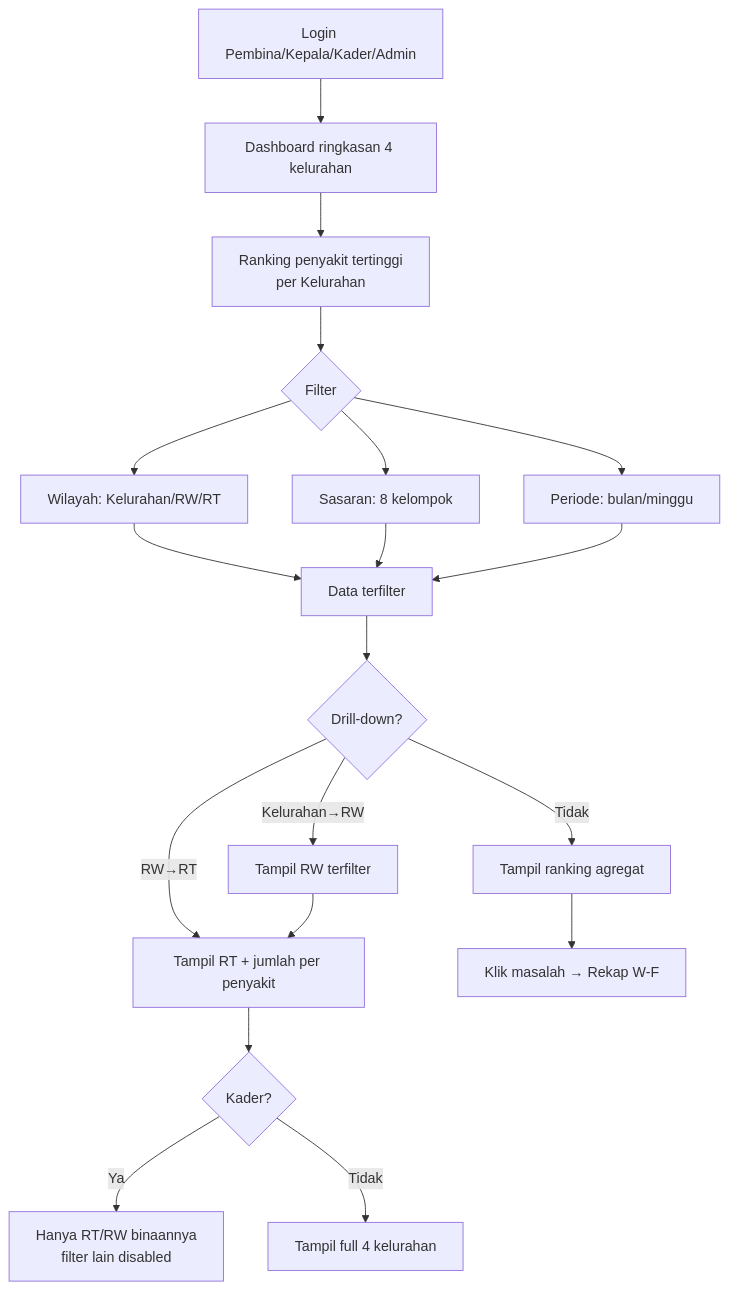
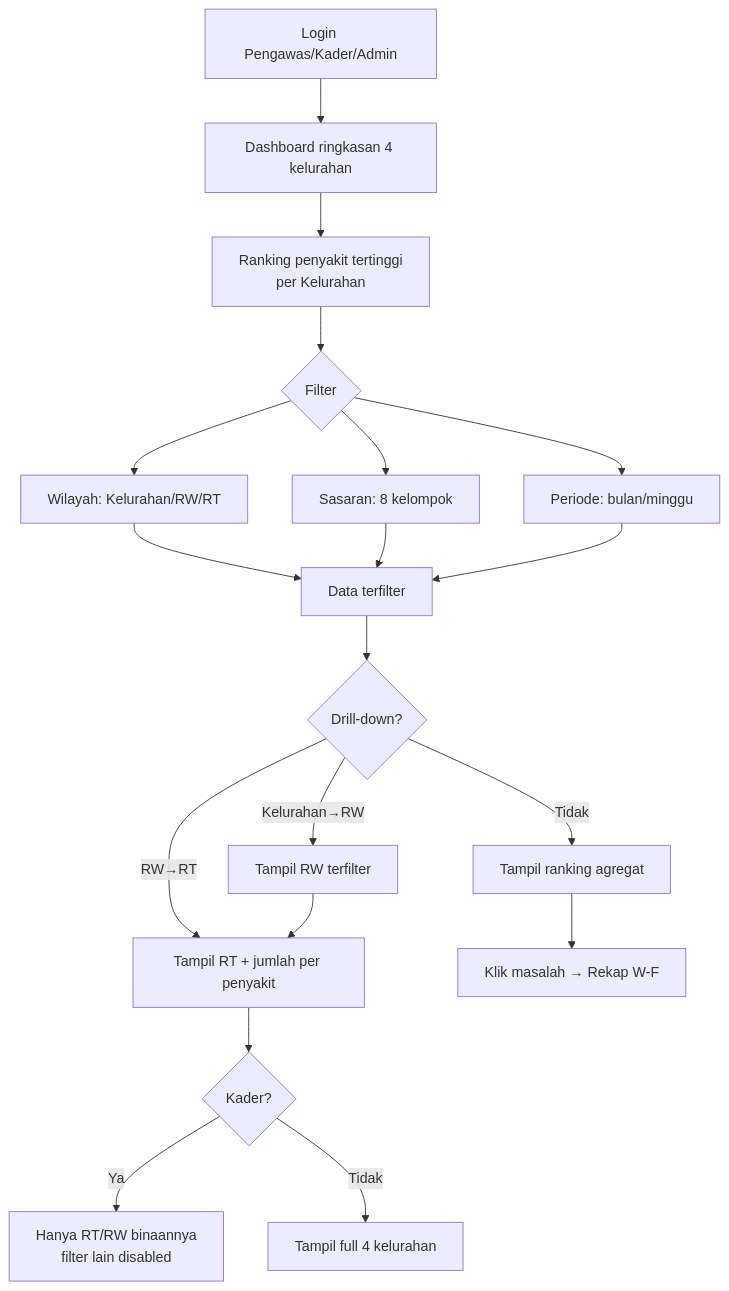
The first of 2 diagrams in docs/workflows/W-E-dashboard.md (Lyc-n/prd), drawn with Mermaid before and after one commit. The commit also changed other lines of this file and 7 other files, not shown here.

````diff
--- a/docs/workflows/W-E-dashboard.md
+++ b/docs/workflows/W-E-dashboard.md
@@ -26,21 +26,21 @@
 ```mermaid
 flowchart TD
-    A[Login Pembina/Kepala/Kader/Admin] --> B[Dashboard ringkasan 4 kelurahan]
+    A[Login Pengawas/Kader/Admin] --> B[Dashboard ringkasan 4 kelurahan]
     B --> C[Ranking penyakit tertinggi\nper Kelurahan]
     C --> D{Filter}
     D --> D1[Wilayah: Kelurahan/RW/RT]
     D --> D2[Sasaran: 8 kelompok]
     D --> D3[Periode: bulan/minggu]
     D1 --> E[Data terfilter]
     D2 --> E
     D3 --> E
     E --> F{Drill-down?}
     F -->|Kelurahan→RW| G[Tampil RW terfilter]
     F -->|RW→RT| H[Tampil RT + jumlah per penyakit]
     F -->|Tidak| I[Tampil ranking agregat]
     G --> H
     H --> J{Kader?}
     J -->|Ya| K[Hanya RT/RW binaannya\nfilter lain disabled]
     J -->|Tidak| L[Tampil full 4 kelurahan]
     I --> M[Klik masalah → Rekap W-F]
 ```
````
